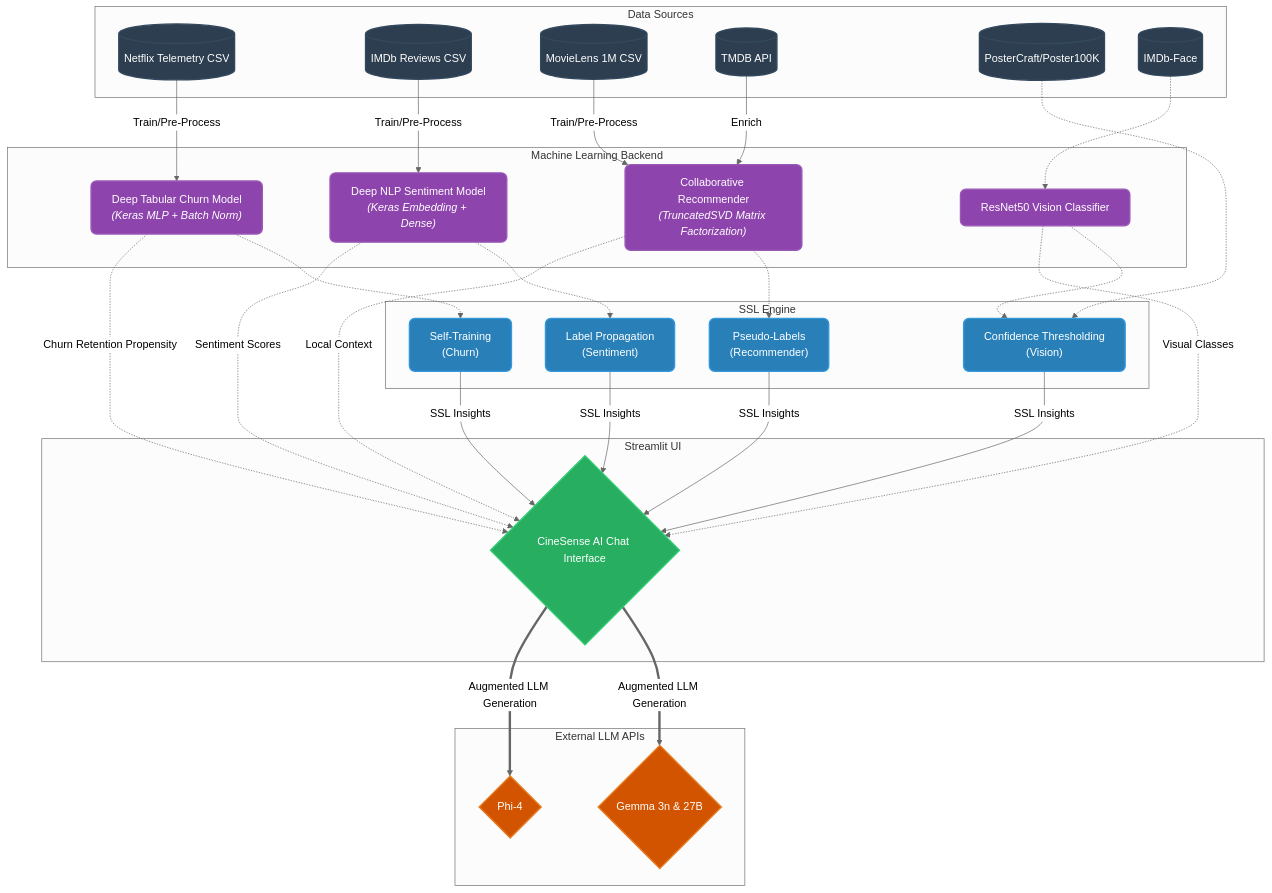
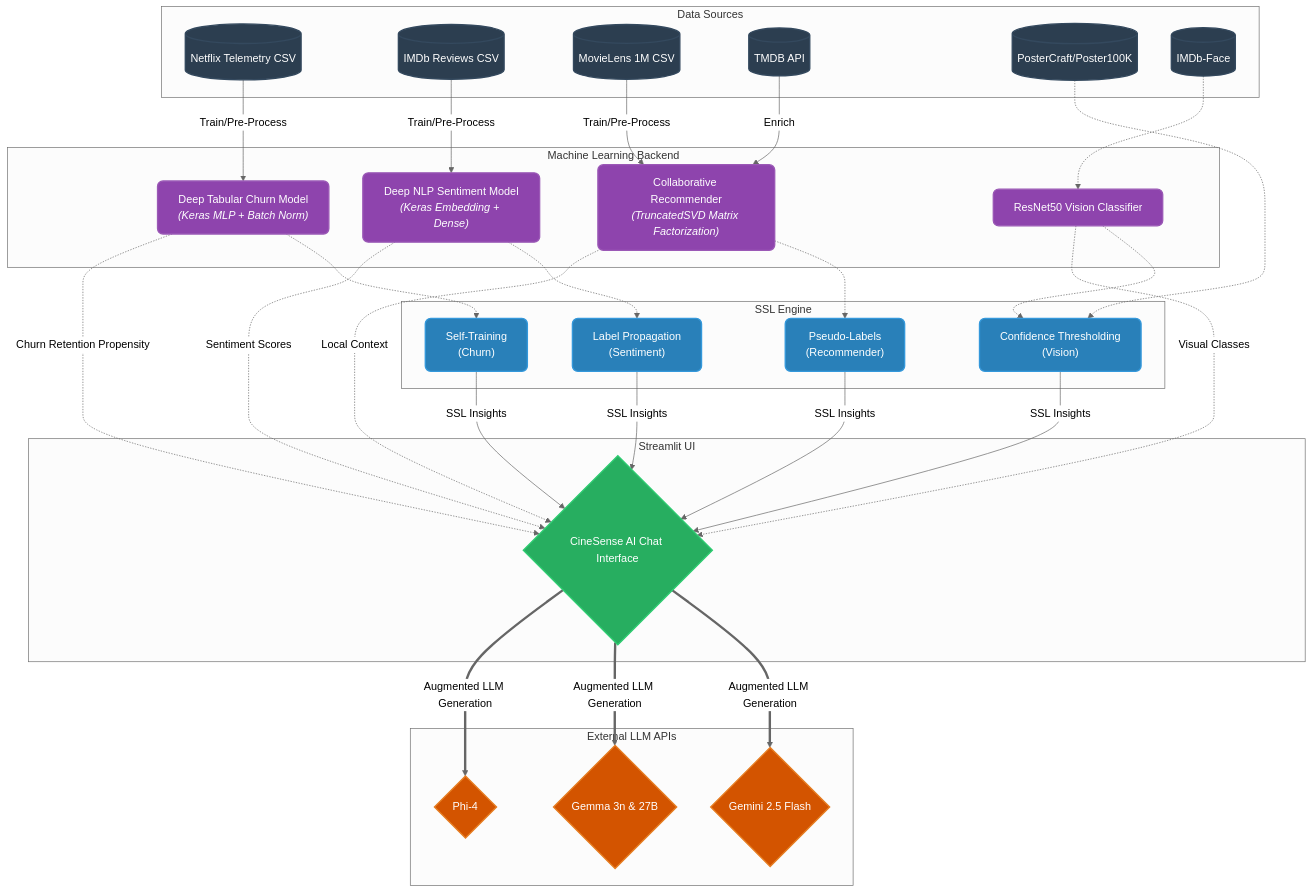
The diagram in README.md (VivekDave007/CineSenseAI), drawn with Mermaid (neutral theme) before and after one commit. The commit also changed other lines of this file, not shown here.

````diff
--- a/README.md
+++ b/README.md
@@ -33,74 +33,76 @@
 ```mermaid
 graph TD
     %% Custom Styling
     classDef data fill:#2C3E50,stroke:#34495E,stroke-width:2px,color:#fff,rx:8px,ry:8px;
     classDef model fill:#8E44AD,stroke:#9B59B6,stroke-width:2px,color:#fff,rx:8px,ry:8px;
     classDef llm fill:#D35400,stroke:#E67E22,stroke-width:2px,color:#fff,rx:15px,ry:15px;
     classDef ui fill:#27AE60,stroke:#2ECC71,stroke-width:2px,color:#fff,rx:15px,ry:15px;
     classDef ssl fill:#2980B9,stroke:#3498DB,stroke-width:2px,color:#fff,rx:8px,ry:8px;
 
     %% Define Sources
     subgraph Data Sources
         DS1[("Netflix Telemetry CSV")]:::data
         DS2[("IMDb Reviews CSV")]:::data
         DS3[("MovieLens 1M CSV")]:::data
         DS4[("TMDB API")]:::data
         DS5[("PosterCraft/Poster100K")]:::data
         DS6[("IMDb-Face")]:::data
     end
 
     %% Define ML Backend Models
     subgraph Machine Learning Backend
         ML1["Deep Tabular Churn Model<br><i>(Keras MLP + Batch Norm)</i>"]:::model
         ML2["Deep NLP Sentiment Model<br><i>(Keras Embedding + Dense)</i>"]:::model
         ML3["Collaborative Recommender<br><i>(TruncatedSVD Matrix Factorization)</i>"]:::model
         ML4["ResNet50 Vision Classifier"]:::model
     end
 
     %% Connect Sources to Models
     DS1 -->|"Train/Pre-Process"| ML1
     DS2 -->|"Train/Pre-Process"| ML2
     DS3 -->|"Train/Pre-Process"| ML3
     DS4 -->|"Enrich"| ML3
 
     %% Define SSL Layer
     subgraph SSL Engine
         SSL1["Self-Training<br>(Churn)"]:::ssl
         SSL2["Label Propagation<br>(Sentiment)"]:::ssl
         SSL3["Pseudo-Labels<br>(Recommender)"]:::ssl
         SSL4["Confidence Thresholding<br>(Vision)"]:::ssl
     end
 
     %% Connect Models to SSL
     ML1 -.-> SSL1
     ML2 -.-> SSL2
     ML3 -.-> SSL3
     ML4 -.-> SSL4
     DS5 -.-> SSL4
     DS6 -.-> ML4
 
     %% Define External Fallbacks
     subgraph External LLM APIs
-        LLM1{"Gemma 3n & 27B"}:::llm
-        LLM2{"Phi-4"}:::llm
+        LLM1{"Gemini 2.5 Flash"}:::llm
+        LLM2{"Gemma 3n & 27B"}:::llm
+        LLM3{"Phi-4"}:::llm
     end
 
     %% Define Streamlit Frontend
     subgraph Streamlit UI
         UI1{"CineSense AI Chat Interface"}:::ui
     end
 
     %% Connect to UI
     ML3 -.->|"Local Context"| UI1
     ML2 -.->|"Sentiment Scores"| UI1
     ML1 -.->|"Churn Retention Propensity"| UI1
     ML4 -.->|"Visual Classes"| UI1
     
     UI1 ==>|"Augmented LLM Generation"| LLM1
     UI1 ==>|"Augmented LLM Generation"| LLM2
+    UI1 ==>|"Augmented LLM Generation"| LLM3
     
     SSL1 -->|"SSL Insights"| UI1
     SSL2 -->|"SSL Insights"| UI1
     SSL3 -->|"SSL Insights"| UI1
     SSL4 -->|"SSL Insights"| UI1
 ```
````
